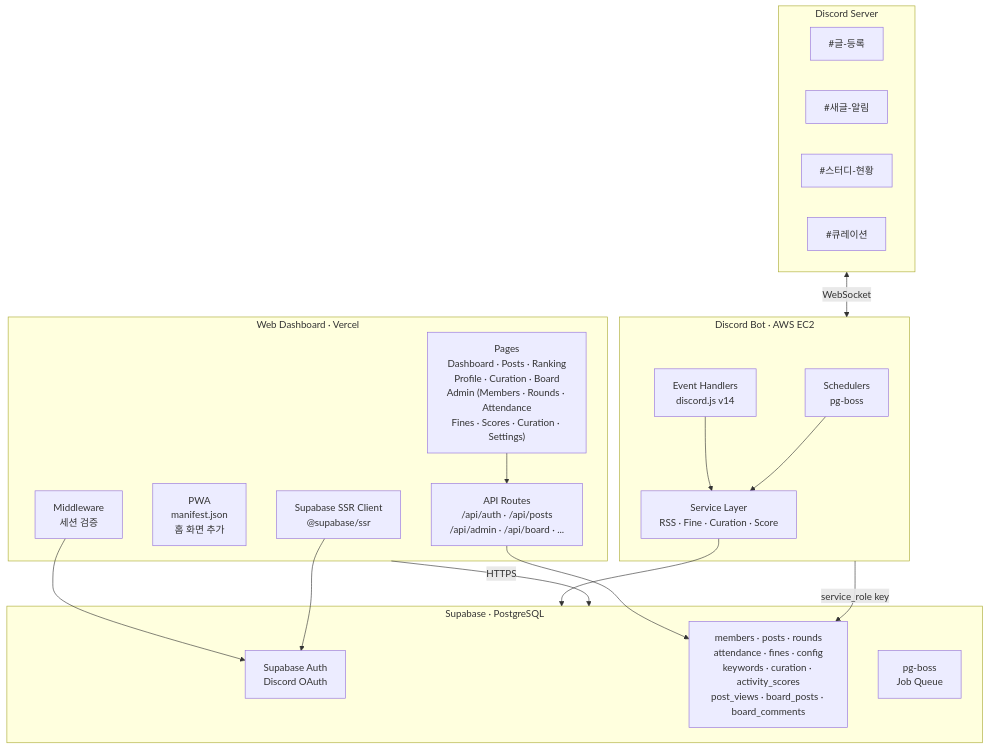
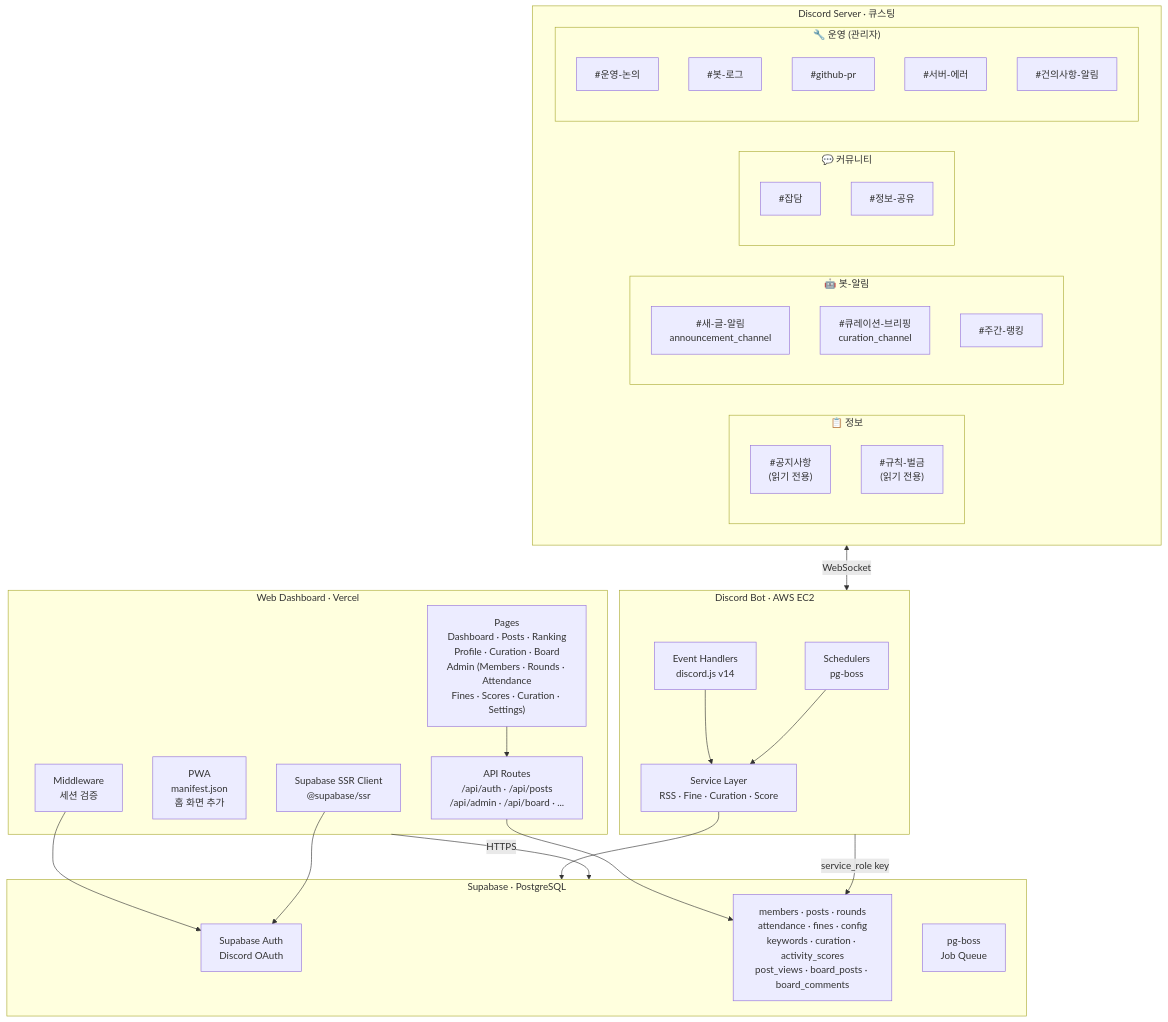
Before and after one commit to bbbang105/study-admin: the first of 9 diagrams in docs/ARCHITECTURE.md, drawn with Mermaid. The commit also changed other lines of this file and 4 other files, not shown here.

````diff
--- a/docs/ARCHITECTURE.md
+++ b/docs/ARCHITECTURE.md
@@ -9,41 +9,57 @@
 ```mermaid
 graph TB
-    subgraph Discord["Discord Server"]
-        CH1["#글-등록"]
-        CH2["#새글-알림"]
-        CH3["#스터디-현황"]
-        CH4["#큐레이션"]
+    subgraph Discord["Discord Server · 큐스팅"]
+        subgraph DCH_INFO["📋 정보"]
+            CH_NOTICE["#공지사항<br/>(읽기 전용)"]
+            CH_RULES["#규칙-벌금<br/>(읽기 전용)"]
+        end
+        subgraph DCH_BOT["🤖 봇-알림"]
+            CH_RSS["#새-글-알림<br/>announcement_channel"]
+            CH_CURA["#큐레이션-브리핑<br/>curation_channel"]
+            CH_RANK["#주간-랭킹"]
+        end
+        subgraph DCH_COMM["💬 커뮤니티"]
+            CH_CHAT["#잡담"]
+            CH_SHARE["#정보-공유"]
+        end
+        subgraph DCH_OPS["🔧 운영 (관리자)"]
+            CH_OPS["#운영-논의"]
+            CH_LOG["#봇-로그"]
+            CH_PR["#github-pr"]
+            CH_ERR["#서버-에러"]
+            CH_SUGGEST["#건의사항-알림"]
+        end
     end
 
     subgraph Bot["Discord Bot · AWS EC2"]
         SCH["Schedulers<br/>pg-boss"]
         EVT["Event Handlers<br/>discord.js v14"]
         SVC["Service Layer<br/>RSS · Fine · Curation · Score"]
     end
 
     subgraph DB["Supabase · PostgreSQL"]
         AUTH["Supabase Auth<br/>Discord OAuth"]
         TABLES["members · posts · rounds<br/>attendance · fines · config<br/>keywords · curation · activity_scores<br/>post_views · board_posts · board_comments"]
         PGBOSS["pg-boss<br/>Job Queue"]
     end
 
     subgraph Web["Web Dashboard · Vercel"]
         MW["Middleware<br/>세션 검증"]
         PAGES["Pages<br/>Dashboard · Posts · Ranking<br/>Profile · Curation · Board<br/>Admin (Members · Rounds · Attendance<br/>Fines · Scores · Curation · Settings)"]
         PWA["PWA<br/>manifest.json<br/>홈 화면 추가"]
         API["API Routes<br/>/api/auth · /api/posts<br/>/api/admin · /api/board · ..."]
         SUPA_CLIENT["Supabase SSR Client<br/>@supabase/ssr"]
     end
 
     Discord <-->|WebSocket| Bot
     EVT --> SVC
     SCH --> SVC
     SVC --> DB
     Bot -->|service_role key| TABLES
 
     Web -->|HTTPS| DB
     MW --> AUTH
     SUPA_CLIENT --> AUTH
     API --> TABLES
     PAGES --> API
 ```
````
